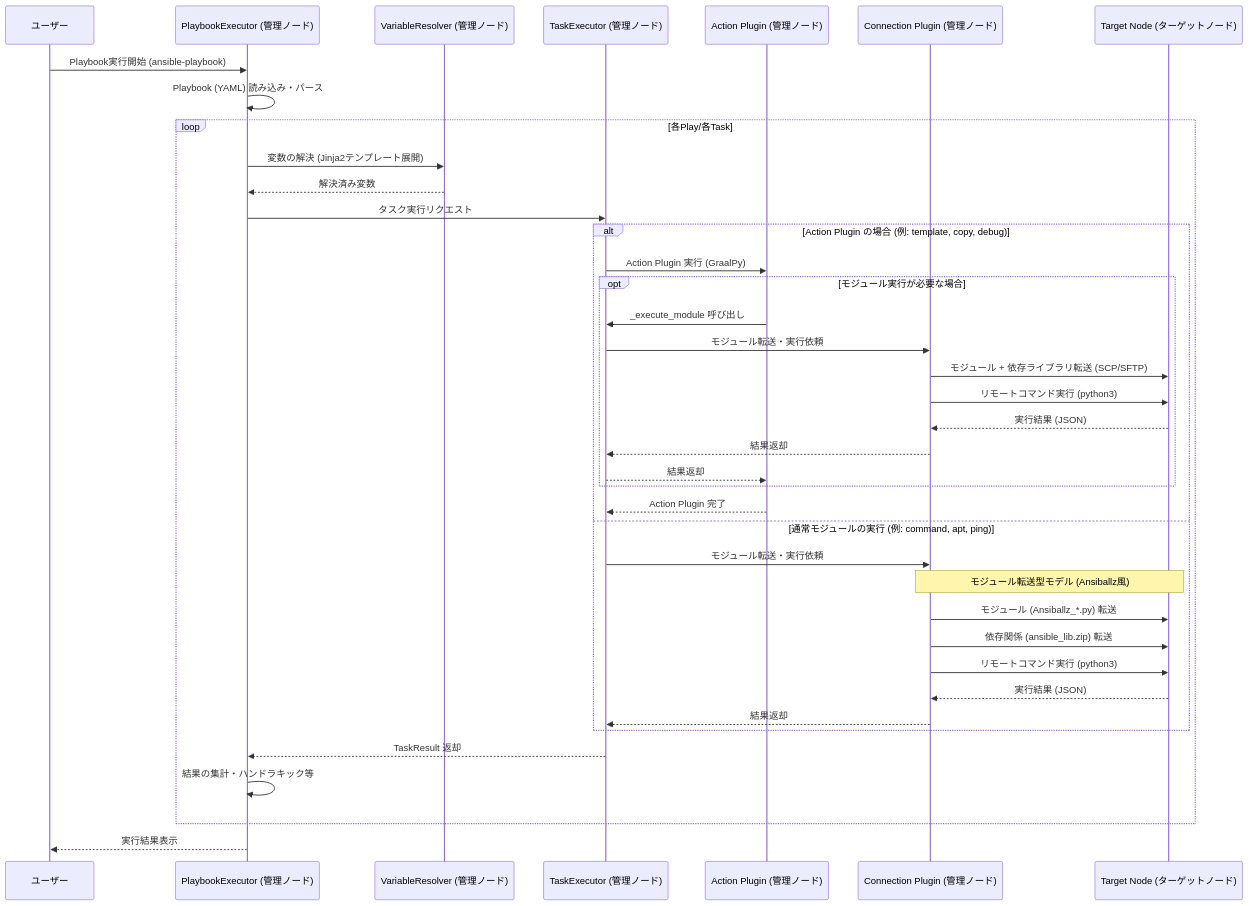
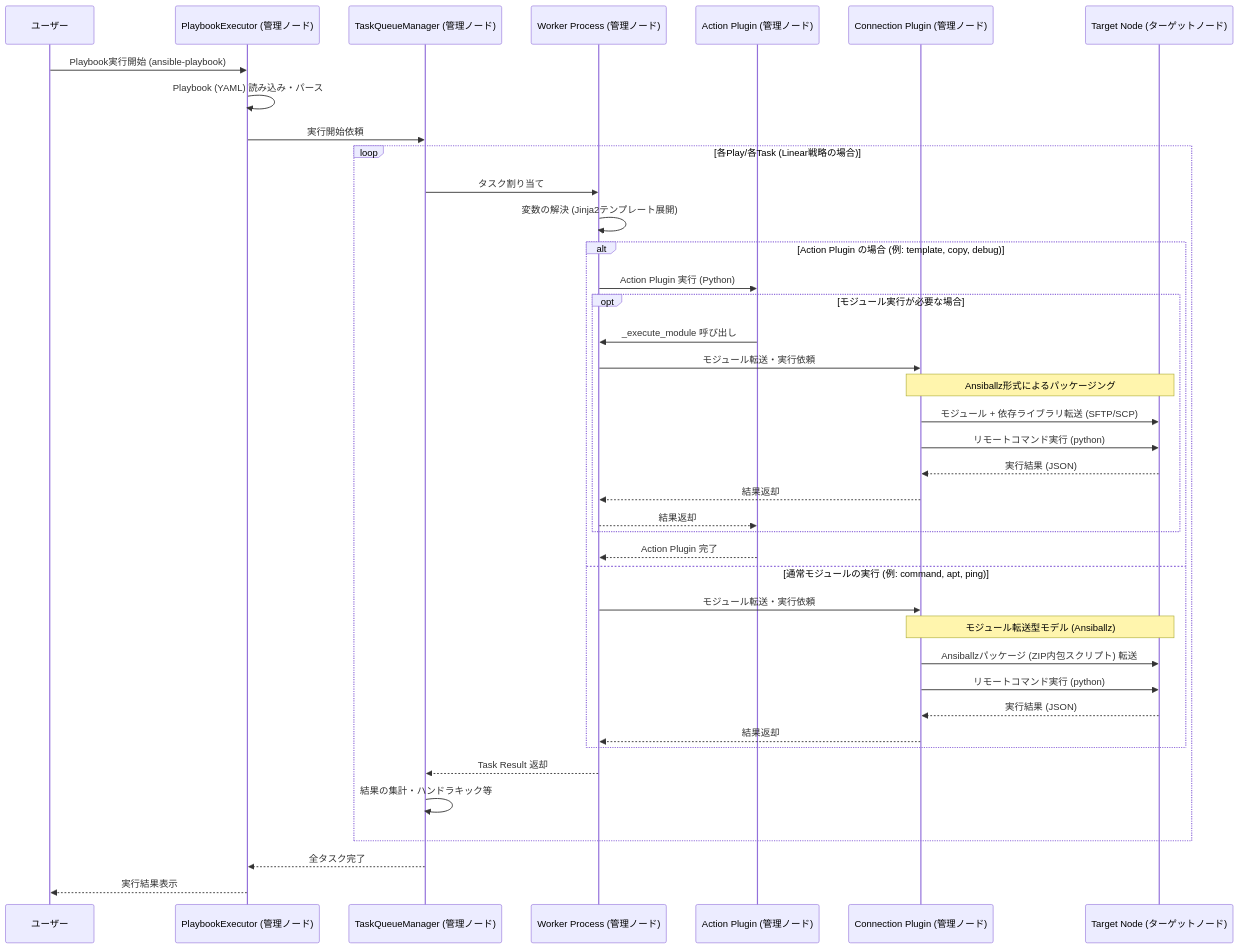
One commit to yamanakahirofumi/graal-ansible changed the diagram in docs/features/Process-Flow.md. Above: the diagram before and after it, drawn with Mermaid. The commit also changed other lines of this file, not shown here.

Commit message:
[更新] 処理フローのドキュメントを本家Ansible仕様に修正
graal-ansible固有の用語を排除し、本家Ansibleの標準的な処理フロー（TaskQueueManager, Worker Process, Ansiballz等）を反映するように docs/features/Process-Flow.md を更新しました。

````diff
--- a/docs/features/Process-Flow.md
+++ b/docs/features/Process-Flow.md
@@ -9,47 +9,47 @@
 ```mermaid
 sequenceDiagram
     participant User as ユーザー
     participant PE as PlaybookExecutor (管理ノード)
-    participant VR as VariableResolver (管理ノード)
-    participant TE as TaskExecutor (管理ノード)
+    participant TQM as TaskQueueManager (管理ノード)
+    participant Worker as Worker Process (管理ノード)
     participant AP as Action Plugin (管理ノード)
     participant CP as Connection Plugin (管理ノード)
     participant TN as Target Node (ターゲットノード)
 
     User->>PE: Playbook実行開始 (ansible-playbook)
     PE->>PE: Playbook (YAML) 読み込み・パース
+    PE->>TQM: 実行開始依頼
 
-    loop 各Play/各Task
-        PE->>VR: 変数の解決 (Jinja2テンプレート展開)
-        VR-->>PE: 解決済み変数
-
-        PE->>TE: タスク実行リクエスト
+    loop 各Play/各Task (Linear戦略の場合)
+        TQM->>Worker: タスク割り当て
+        Worker->>Worker: 変数の解決 (Jinja2テンプレート展開)
 
         alt Action Plugin の場合 (例: template, copy, debug)
-            TE->>AP: Action Plugin 実行 (GraalPy)
+            Worker->>AP: Action Plugin 実行 (Python)
             opt モジュール実行が必要な場合
-                AP->>TE: _execute_module 呼び出し
-                TE->>CP: モジュール転送・実行依頼
-                CP->>TN: モジュール + 依存ライブラリ転送 (SCP/SFTP)
-                CP->>TN: リモートコマンド実行 (python3)
+                AP->>Worker: _execute_module 呼び出し
+                Worker->>CP: モジュール転送・実行依頼
+                Note over CP, TN: Ansiballz形式によるパッケージング
+                CP->>TN: モジュール + 依存ライブラリ転送 (SFTP/SCP)
+                CP->>TN: リモートコマンド実行 (python)
                 TN-->>CP: 実行結果 (JSON)
-                CP-->>TE: 結果返却
-                TE-->>AP: 結果返却
+                CP-->>Worker: 結果返却
+                Worker-->>AP: 結果返却
             end
-            AP-->>TE: Action Plugin 完了
+            AP-->>Worker: Action Plugin 完了
         else 通常モジュールの実行 (例: command, apt, ping)
-            TE->>CP: モジュール転送・実行依頼
-            Note over CP, TN: モジュール転送型モデル (Ansiballz風)
-            CP->>TN: モジュール (Ansiballz_*.py) 転送
-            CP->>TN: 依存関係 (ansible_lib.zip) 転送
-            CP->>TN: リモートコマンド実行 (python3)
+            Worker->>CP: モジュール転送・実行依頼
+            Note over CP, TN: モジュール転送型モデル (Ansiballz)
+            CP->>TN: Ansiballzパッケージ (ZIP内包スクリプト) 転送
+            CP->>TN: リモートコマンド実行 (python)
             TN-->>CP: 実行結果 (JSON)
-            CP-->>TE: 結果返却
+            CP-->>Worker: 結果返却
         end
 
-        TE-->>PE: TaskResult 返却
-        PE->>PE: 結果の集計・ハンドラキック等
+        Worker-->>TQM: Task Result 返却
+        TQM->>TQM: 結果の集計・ハンドラキック等
     end
 
+    TQM-->>PE: 全タスク完了
     PE-->>User: 実行結果表示
 ```
````
